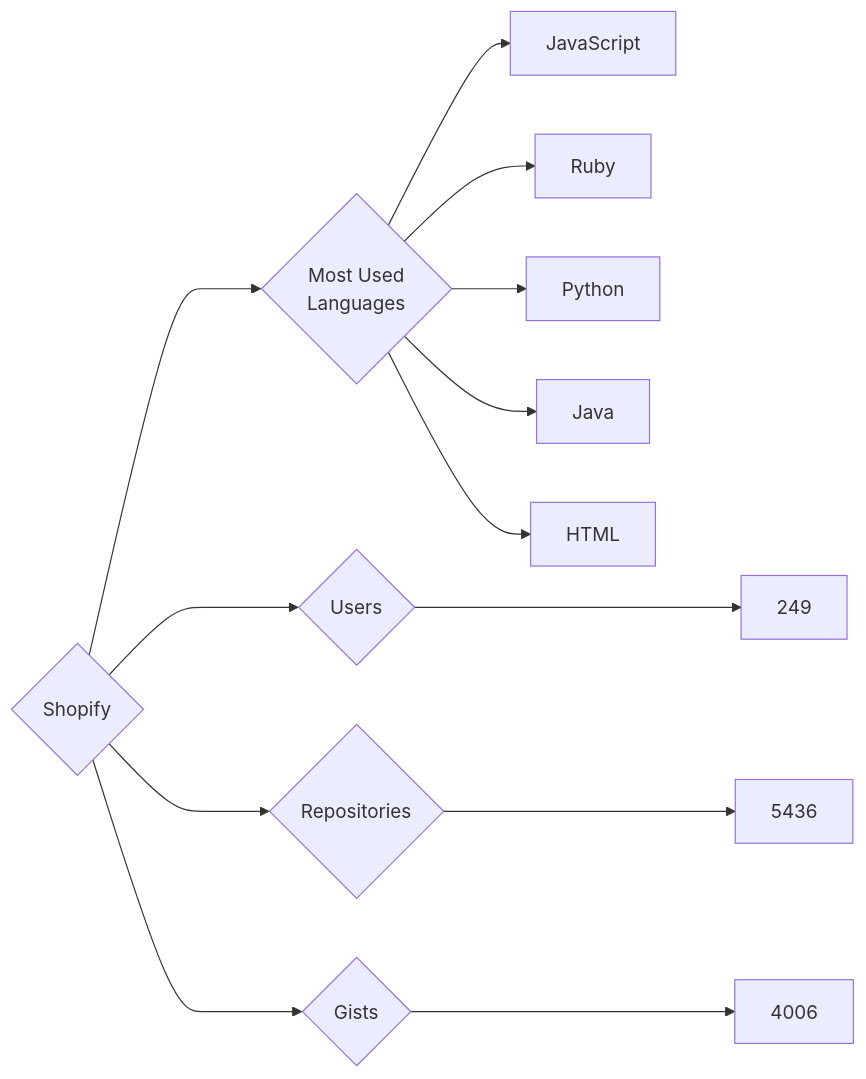
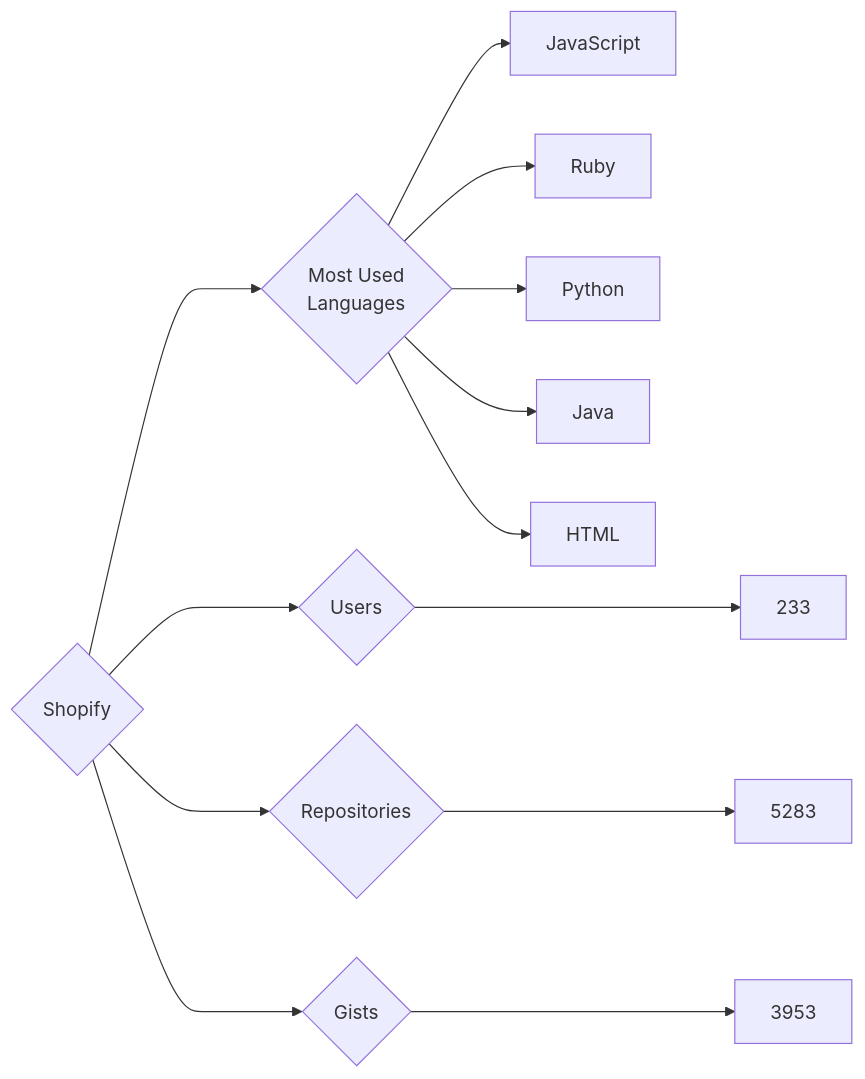
The diagram in targets/Shopify/README.md (trickest/insiders), drawn with Mermaid before and after one commit. The commit also changed 796 other files, not shown here.

````diff
--- a/targets/Shopify/README.md
+++ b/targets/Shopify/README.md
@@ -3,13 +3,13 @@
 ```mermaid
 graph LR
 COMPANY_NAME{Shopify}
-COMPANY_NAME ---> U{Users} ---> UN[249]
-COMPANY_NAME ---> R{Repositories} ---> RN[5436]
-COMPANY_NAME ---> G{Gists} ---> GN[4006]
+COMPANY_NAME ---> U{Users} ---> UN[233]
+COMPANY_NAME ---> R{Repositories} ---> RN[5283]
+COMPANY_NAME ---> G{Gists} ---> GN[3953]
 COMPANY_NAME ---> ML{Most Used<br>Languages}
 ML --> JavaScript[JavaScript]
 ML --> Ruby[Ruby]
 ML --> Python[Python]
 ML --> Java[Java]
 ML --> HTML[HTML]
 ```
````
